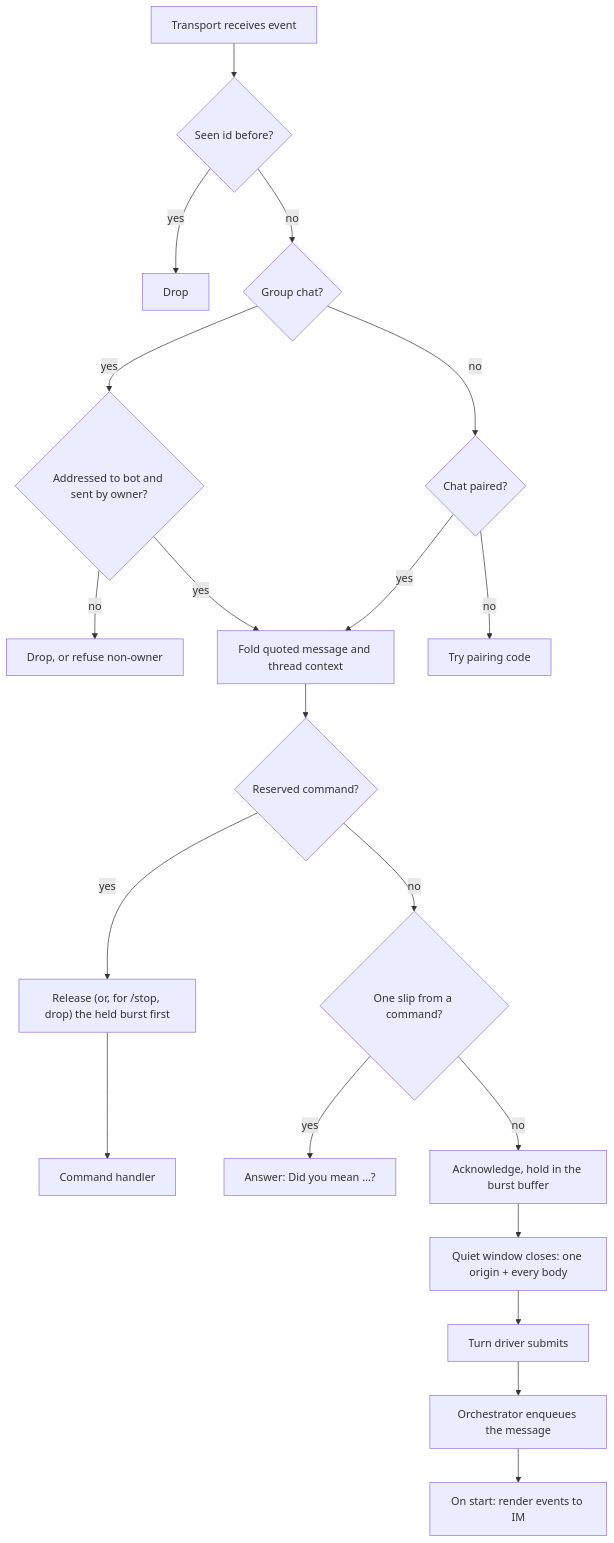
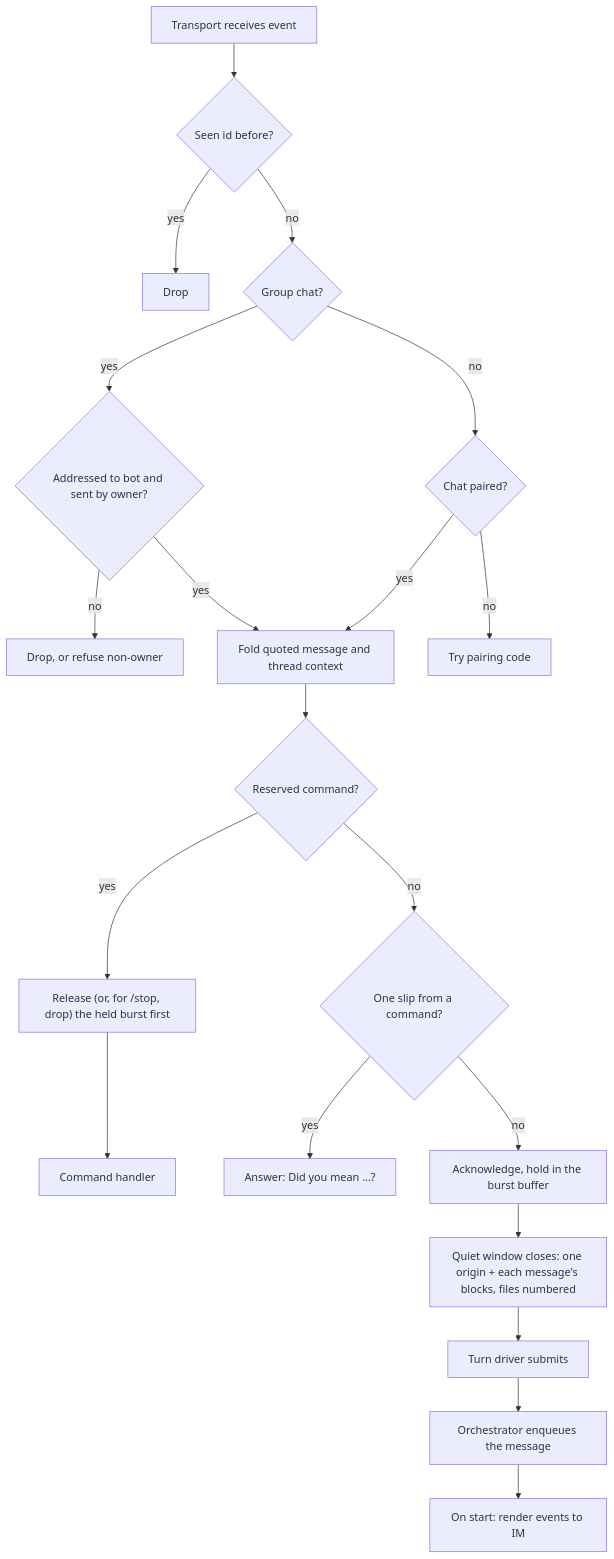
Before and after one commit to wyx-sg/Coffer: the third of 3 diagrams in docs-site/architecture/chat.md, drawn with Mermaid. The commit also changed other lines of this file and 48 other files, not shown here.

````diff
--- a/docs-site/architecture/chat.md
+++ b/docs-site/architecture/chat.md
@@ -267,22 +267,22 @@
 ```mermaid
 flowchart TD
     A["Transport receives event"] --> B{"Seen id before?"}
     B -- yes --> X["Drop"]
     B -- no --> C{"Group chat?"}
     C -- yes --> D{"Addressed to bot and sent by owner?"}
     D -- no --> X2["Drop, or refuse non-owner"]
     D -- yes --> F
     C -- no --> E{"Chat paired?"}
     E -- no --> P["Try pairing code"]
     E -- yes --> F["Fold quoted message and thread context"]
     F --> G{"Reserved command?"}
     H0 --> H["Command handler"]
     G -- yes --> H0["Release (or, for /stop, drop) the held burst first"]
     G -- no --> T{"One slip from a command?"}
     T -- yes --> TY["Answer: Did you mean …?"]
     T -- no --> I["Acknowledge, hold in the burst buffer"]
-    I --> I2["Quiet window closes: one origin + every body"]
+    I --> I2["Quiet window closes: one origin + each message's blocks, files numbered"]
     I2 --> J["Turn driver submits"]
     J --> K["Orchestrator enqueues the message"]
     K --> L["On start: render events to IM"]
 ```
````
